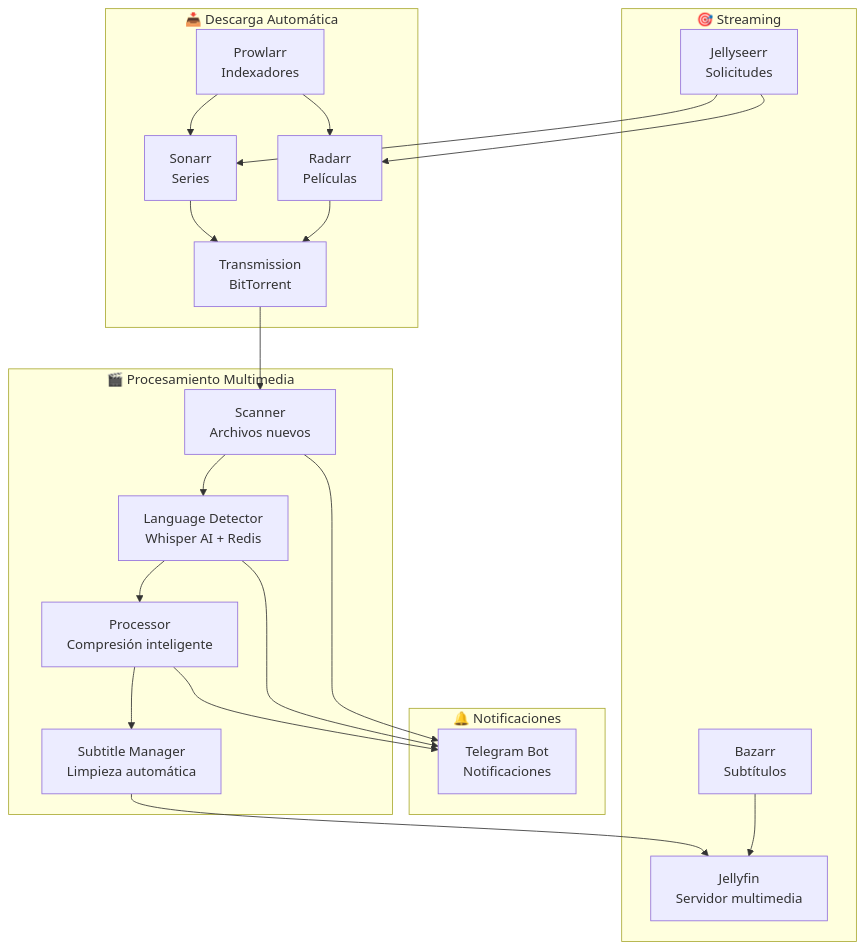
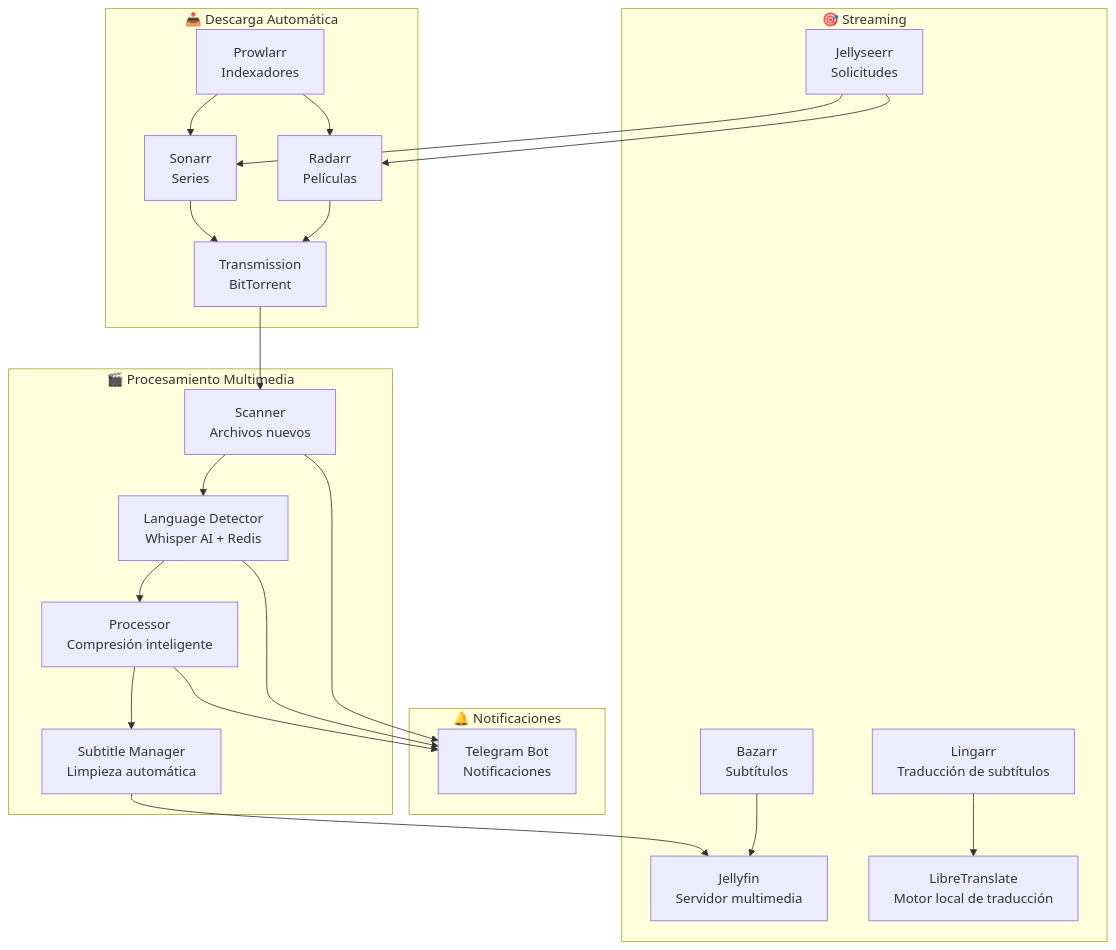
The diagram in README.md (CristianTafur249/sonarrConf), drawn with Mermaid before and after one commit. The commit also changed other lines of this file and 7 other files, not shown here.

````diff
--- a/README.md
+++ b/README.md
@@ -25,45 +25,48 @@
 ```mermaid
 graph TB
     subgraph "📥 Descarga Automática"
         SONARR[Sonarr<br/>Series]
         RADARR[Radarr<br/>Películas]
         PROWLARR[Prowlarr<br/>Indexadores]
         TRANSMISSION[Transmission<br/>BitTorrent]
     end
 
     subgraph "🎬 Procesamiento Multimedia"
         SCANNER[Scanner<br/>Archivos nuevos]
         LANGUAGE[Language Detector<br/>Whisper AI + Redis]
         PROCESSOR[Processor<br/>Compresión inteligente]
         SUBTITLE[Subtitle Manager<br/>Limpieza automática]
     end
 
     subgraph "🔔 Notificaciones"
         TELEGRAM[Telegram Bot<br/>Notificaciones]
     end
 
     subgraph "🎯 Streaming"
         JELLYFIN[Jellyfin<br/>Servidor multimedia]
         JELLYSEERR[Jellyseerr<br/>Solicitudes]
         BAZARR[Bazarr<br/>Subtítulos]
+        LINGARR[Lingarr<br/>Traducción de subtítulos]
+        LIBRETRANSLATE[LibreTranslate<br/>Motor local de traducción]
     end
 
     SONARR --> TRANSMISSION
     RADARR --> TRANSMISSION
     PROWLARR --> SONARR
     PROWLARR --> RADARR
 
     TRANSMISSION --> SCANNER
     SCANNER --> LANGUAGE
     LANGUAGE --> PROCESSOR
     PROCESSOR --> SUBTITLE
     SUBTITLE --> JELLYFIN
 
     SCANNER --> TELEGRAM
     LANGUAGE --> TELEGRAM
     PROCESSOR --> TELEGRAM
 
     JELLYSEERR --> SONARR
     JELLYSEERR --> RADARR
     BAZARR --> JELLYFIN
+    LINGARR --> LIBRETRANSLATE
 ```
````
